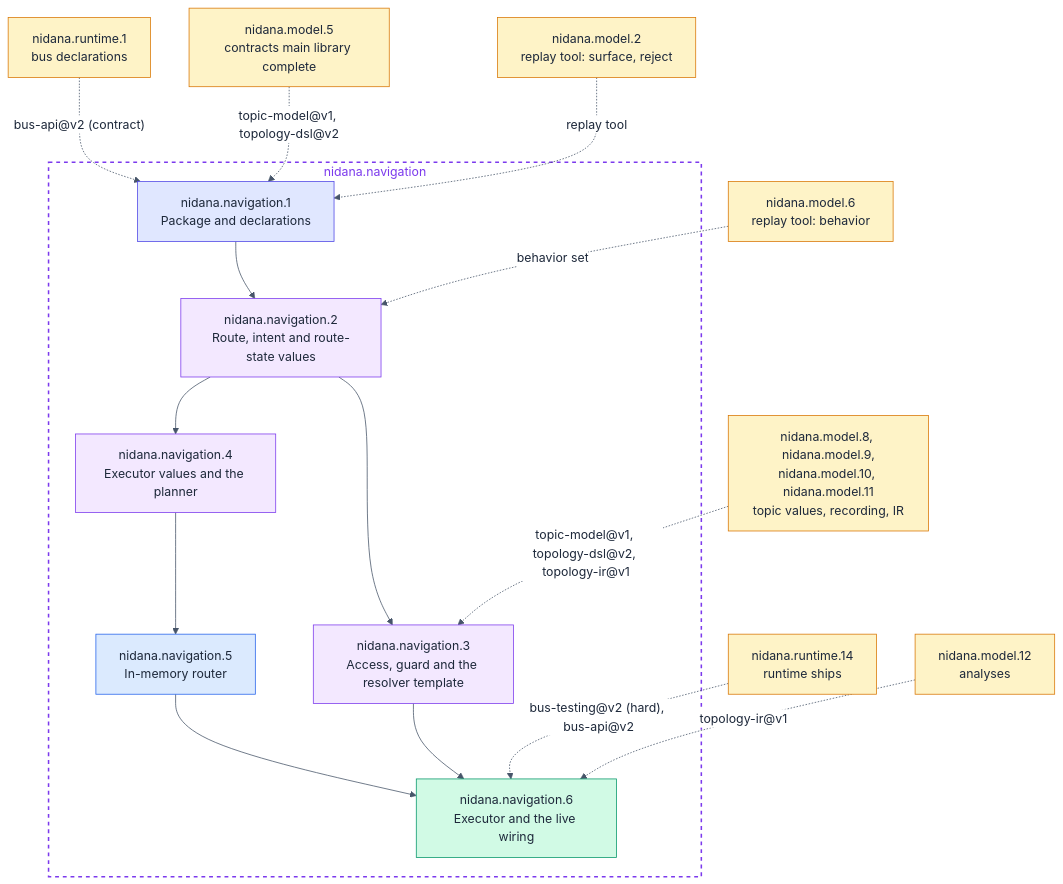
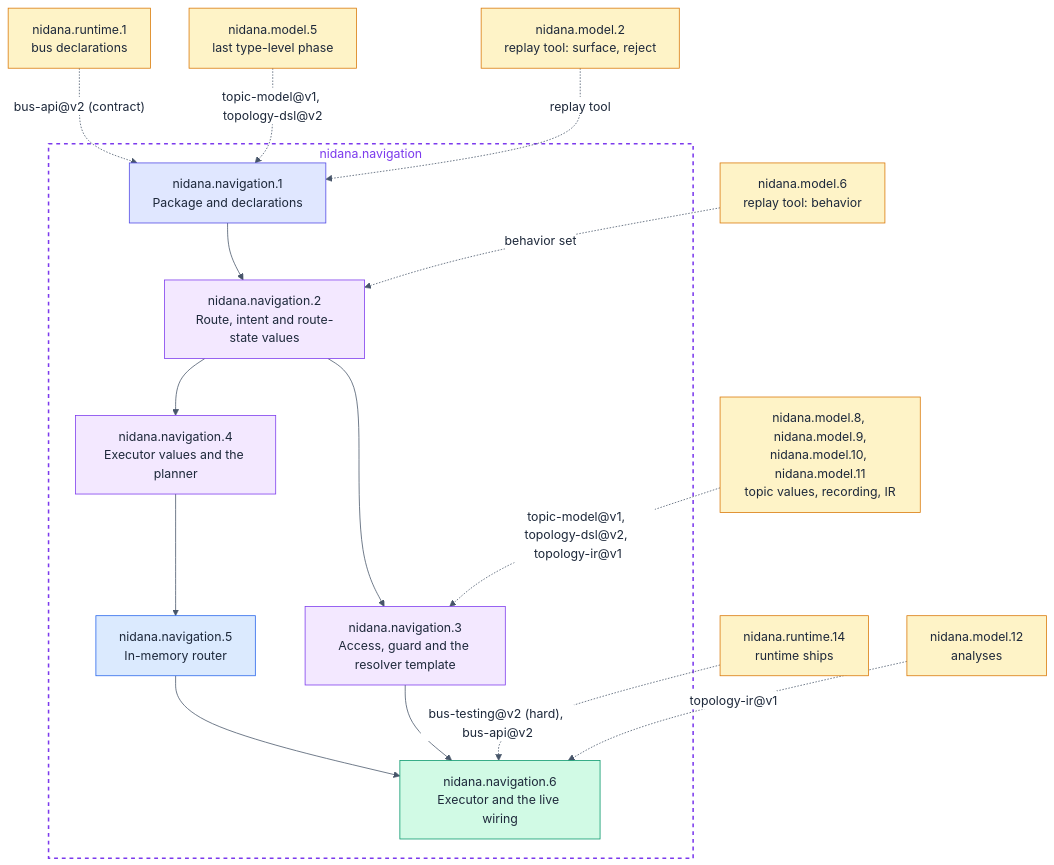
Before and after one commit to Samsara-Stream/nidana-bus-dart: the diagram in hsdd/spec/nidana.navigation.md, drawn with Mermaid. The commit also changed other lines of this file and 6 other files, not shown here.

````diff
--- a/hsdd/spec/nidana.navigation.md
+++ b/hsdd/spec/nidana.navigation.md
@@ -241,51 +241,51 @@
 ```mermaid
 %%{init:{'theme':'base','themeVariables':{'primaryTextColor':'#1e293b','lineColor':'#475569','edgeLabelBackground':'#ffffff','tertiaryTextColor':'#1e293b'}}}%%
 flowchart TD
     subgraph nav ["nidana.navigation"]
         P1["nidana.navigation.1<br/>Package and declarations"]
         P2["nidana.navigation.2<br/>Route, intent and route-state values"]
         P3["nidana.navigation.3<br/>Access, guard and the resolver template"]
         P4["nidana.navigation.4<br/>Executor values and the planner"]
         P5["nidana.navigation.5<br/>In-memory router"]
         P6["nidana.navigation.6<br/>Executor and the live wiring"]
     end
 
     M2["nidana.model.2<br/>replay tool: surface, reject"]
-    M5["nidana.model.5<br/>contracts main library complete"]
+    M5["nidana.model.5<br/>last type-level phase"]
     R1["nidana.runtime.1<br/>bus declarations"]
     M6["nidana.model.6<br/>replay tool: behavior"]
     M8["nidana.model.8, nidana.model.9,<br/>nidana.model.10, nidana.model.11<br/>topic values, recording, IR"]
     R14["nidana.runtime.14<br/>runtime ships"]
     M12["nidana.model.12<br/>analyses"]
 
     P1 --> P2
     P2 --> P3
     P2 --> P4
     P4 --> P5
     P3 --> P6
     P5 --> P6
 
     M2 -. "replay tool" .-> P1
     M5 -. "topic-model@v1, topology-dsl@v2" .-> P1
     R1 -. "bus-api@v2 (contract)" .-> P1
     M6 -. "behavior set" .-> P2
     M8 -. "topic-model@v1, topology-dsl@v2, topology-ir@v1" .-> P3
     R14 -. "bus-testing@v2 (hard), bus-api@v2" .-> P6
     M12 -. "topology-ir@v1" .-> P6
 
     style nav fill:none,stroke:#7c3aed,stroke-dasharray: 5 5,stroke-width:2px,color:#7c3aed
 
     style P1 fill:#e0e7ff,stroke:#4f46e5,color:#1e293b
     style P2 fill:#f3e8ff,stroke:#7c3aed,color:#1e293b
     style P3 fill:#f3e8ff,stroke:#7c3aed,color:#1e293b
     style P4 fill:#f3e8ff,stroke:#7c3aed,color:#1e293b
     style P5 fill:#dbeafe,stroke:#2563eb,color:#1e293b
     style P6 fill:#d1fae5,stroke:#059669,color:#1e293b
     style M2 fill:#fef3c7,stroke:#d97706,color:#1e293b
     style M5 fill:#fef3c7,stroke:#d97706,color:#1e293b
     style R1 fill:#fef3c7,stroke:#d97706,color:#1e293b
     style M6 fill:#fef3c7,stroke:#d97706,color:#1e293b
     style M8 fill:#fef3c7,stroke:#d97706,color:#1e293b
     style R14 fill:#fef3c7,stroke:#d97706,color:#1e293b
     style M12 fill:#fef3c7,stroke:#d97706,color:#1e293b
 ```
````
